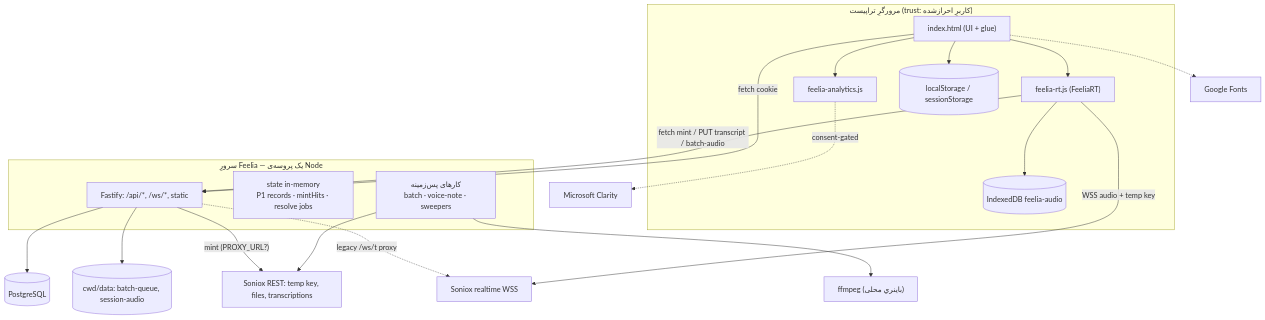
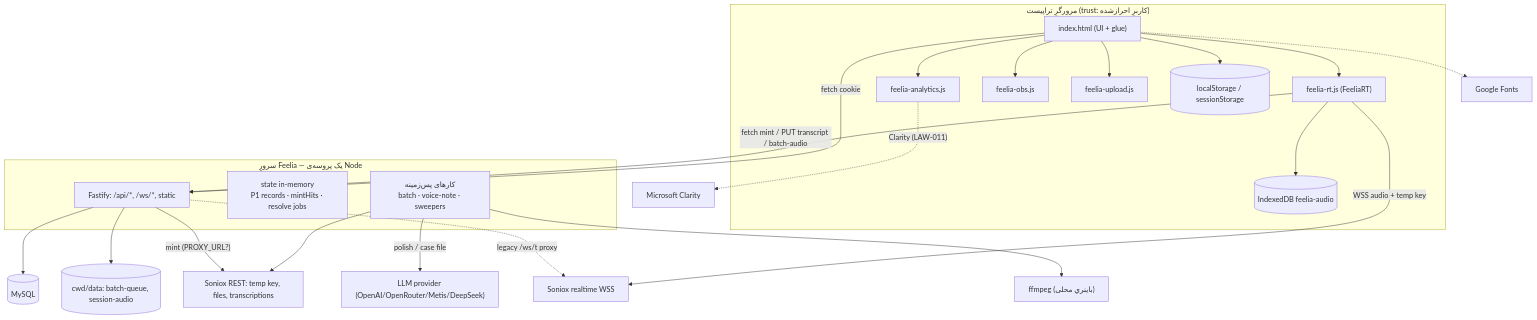
The first of 2 diagrams in docs/01-architecture/system-architecture.md (smohebzadeh86-hub/feeliaa), drawn with Mermaid before and after one commit. The commit also changed other lines of this file and 63 other files, not shown here.

````diff
--- a/docs/01-architecture/system-architecture.md
+++ b/docs/01-architecture/system-architecture.md
@@ -7,38 +7,44 @@
 ```mermaid
 flowchart TB
   subgraph Client["مرورگرِ تراپیست (trust: کاربرِ احرازشده)"]
     SPA["index.html (UI + glue)"]
     RT["feelia-rt.js (FeeliaRT)"]
     AN["feelia-analytics.js"]
+    OB["feelia-obs.js"]
+    UP["feelia-upload.js"]
     IDB[("IndexedDB feelia-audio")]
     LS[("localStorage / sessionStorage")]
   end
   subgraph Server["سرورِ Feelia — یک پروسه‌ی Node"]
     F["Fastify: /api/*, /ws/*, static"]
     MEM["state in-memory<br/>P1 records · mintHits · resolve jobs"]
     BG["کارهای پس‌زمینه<br/>batch · voice-note · sweepers"]
   end
-  PG[("PostgreSQL")]
+  PG[("MySQL")]
+  LLM["LLM provider (OpenAI/OpenRouter/Metis/DeepSeek)"]
   DISK[("cwd/data: batch-queue, session-audio")]
   FF["ffmpeg (باینریِ محلی)"]
   SXR["Soniox realtime WSS"]
   SXA["Soniox REST: temp key, files, transcriptions"]
   CL["Microsoft Clarity"]
   GF["Google Fonts"]
 
   SPA --> RT
   SPA --> AN
+  SPA --> OB
+  SPA --> UP
   RT --> IDB
   SPA --> LS
   SPA -- "fetch cookie" --> F
   RT -- "fetch mint / PUT transcript / batch-audio" --> F
   RT -- "WSS audio + temp key" --> SXR
-  AN -. "consent-gated" .-> CL
+  AN -. "Clarity (LAW-011)" .-> CL
   SPA -.-> GF
   F --> PG
   F --> DISK
   BG --> SXA
+  BG -- "polish / case file" --> LLM
   F -- "mint (PROXY_URL?)" --> SXA
   BG --> FF
   F -. "legacy /ws/t proxy" .-> SXR
 ```
````
